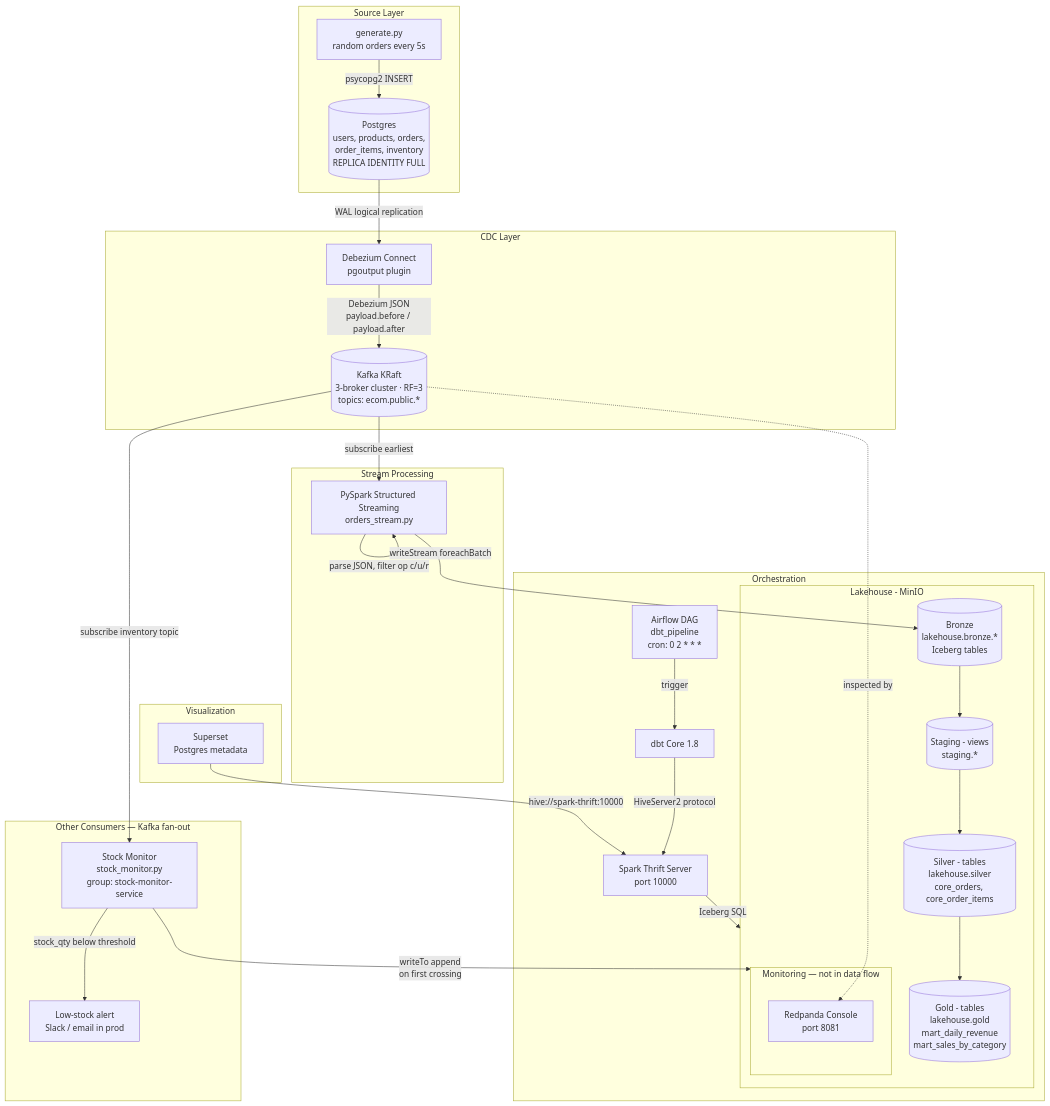
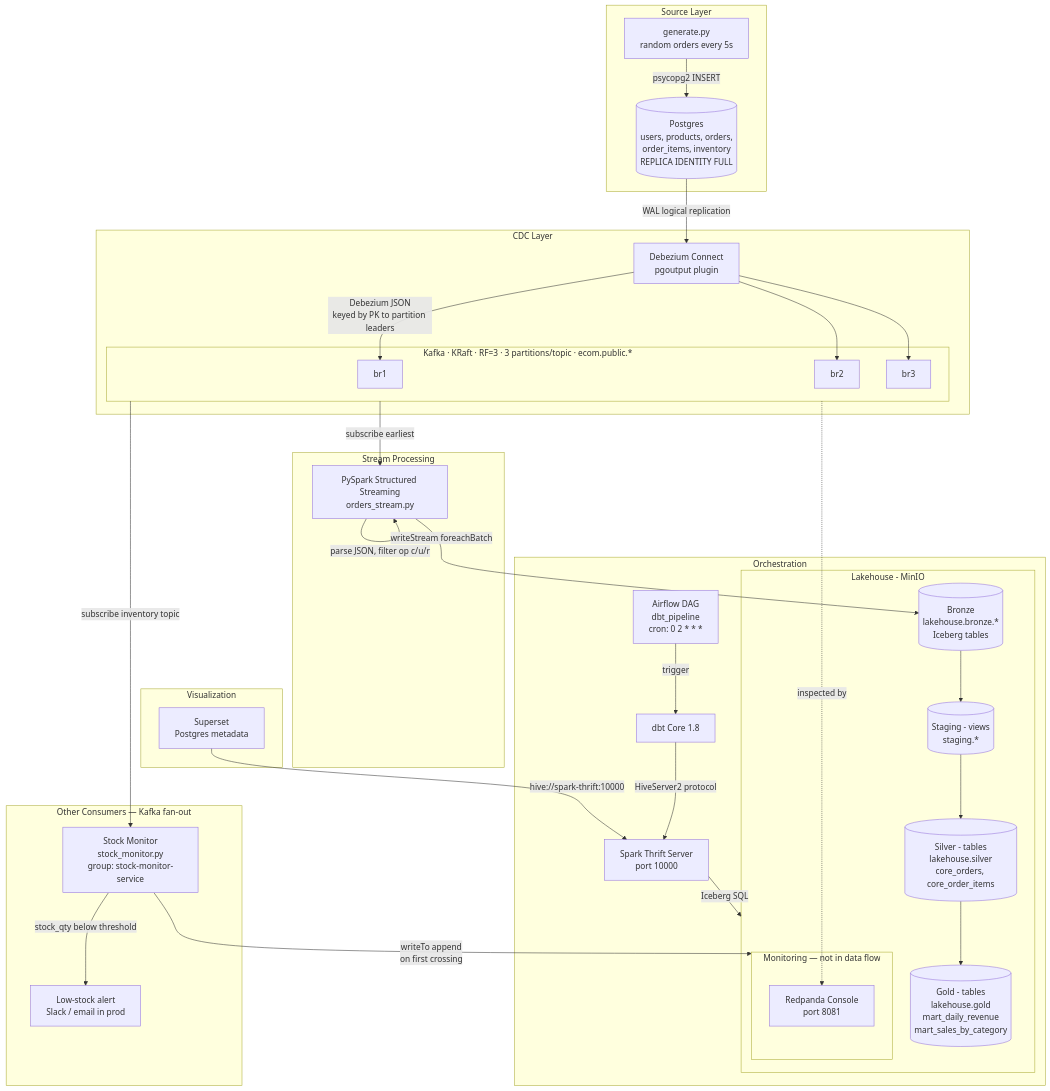
The second of 2 diagrams in README.md (airdeniz/ecommerce-lakehouse), drawn with Mermaid before and after one commit. The commit also changed other lines of this file, not shown here.

Commit message:
docs(readme): show Kafka as a 3-broker cluster (br1/br2/br3) in diagrams

````diff
--- a/README.md
+++ b/README.md
@@ -45,59 +45,65 @@
 ```mermaid
 flowchart TB
     subgraph SOURCE["Source Layer"]
         G[generate.py<br/>random orders every 5s]
         P[("Postgres<br/>users, products, orders,<br/>order_items, inventory<br/>REPLICA IDENTITY FULL")]
         G -->|psycopg2 INSERT| P
     end
 
     subgraph CDC_LAYER["CDC Layer"]
         D[Debezium Connect<br/>pgoutput plugin]
-        K[("Kafka KRaft<br/>3-broker cluster · RF=3<br/>topics: ecom.public.*")]
+        subgraph KAFKA_CLUSTER["Kafka · KRaft · RF=3 · 3 partitions/topic · ecom.public.*"]
+            K1[br1]
+            K2[br2]
+            K3[br3]
+        end
         P -->|WAL logical replication| D
-        D -->|Debezium JSON<br/>payload.before / payload.after| K
+        D -->|Debezium JSON<br/>keyed by PK to partition leaders| K1
+        D --> K2
+        D --> K3
     end
 
     subgraph STREAM["Stream Processing"]
         S[PySpark Structured Streaming<br/>orders_stream.py]
-        K -->|subscribe earliest| S
+        KAFKA_CLUSTER -->|subscribe earliest| S
         S -->|parse JSON, filter op c/u/r| S
     end
 
     subgraph CONSUMERS["Other Consumers — Kafka fan-out"]
         SM[Stock Monitor<br/>stock_monitor.py<br/>group: stock-monitor-service]
-        K -->|subscribe inventory topic| SM
+        KAFKA_CLUSTER -->|subscribe inventory topic| SM
         SM -->|stock_qty below threshold| ALERT[Low-stock alert<br/>Slack / email in prod]
     end
 
     subgraph LAKEHOUSE["Lakehouse - MinIO"]
         B[("Bronze<br/>lakehouse.bronze.*<br/>Iceberg tables")]
         ST[("Staging - views<br/>staging.*")]
         SL[("Silver - tables<br/>lakehouse.silver<br/>core_orders, core_order_items")]
         GD[("Gold - tables<br/>lakehouse.gold<br/>mart_daily_revenue<br/>mart_sales_by_category")]
         OPS[("Ops<br/>lakehouse.ops.stock_alerts<br/>Iceberg table")]
         S -->|writeStream foreachBatch| B
         SM -->|writeTo append<br/>on first crossing| OPS
         B --> ST
         ST --> SL
         SL --> GD
     end
 
     subgraph ORCH["Orchestration"]
         A[Airflow DAG<br/>dbt_pipeline<br/>cron: 0 2 * * *]
         TH[Spark Thrift Server<br/>port 10000]
         DB[dbt Core 1.8]
         A -->|trigger| DB
         DB -->|HiveServer2 protocol| TH
         TH -->|Iceberg SQL| LAKEHOUSE
     end
 
     subgraph VIZ["Visualization"]
         SUP[Superset<br/>Postgres metadata]
         SUP -->|hive://spark-thrift:10000| TH
     end
 
     subgraph OPS["Monitoring — not in data flow"]
         RC[Redpanda Console<br/>port 8081]
     end
-    K -.->|inspected by| RC
+    KAFKA_CLUSTER -.->|inspected by| RC
 ```
````
